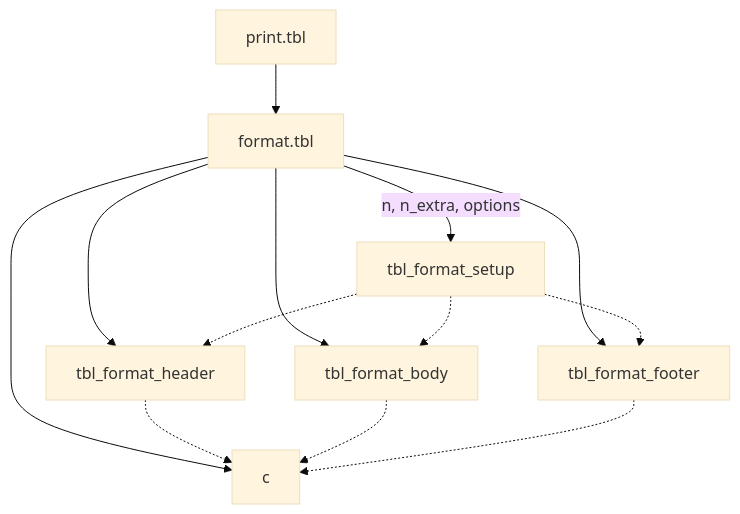
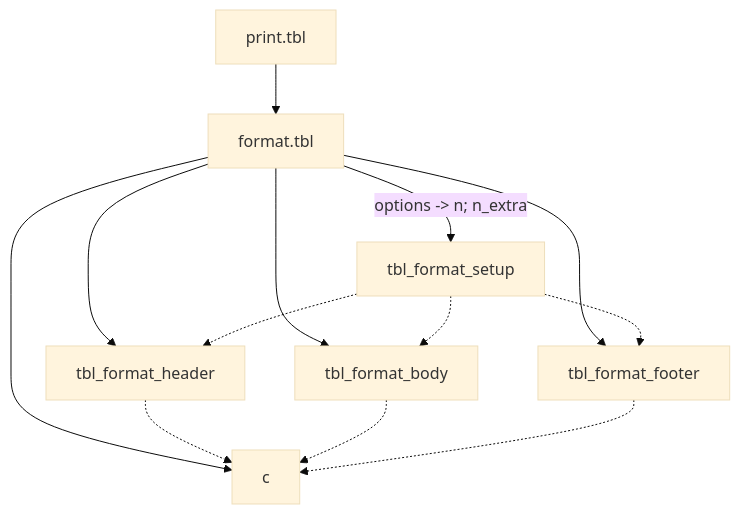
The diagram in vignettes/format.mmd (r-lib/pillar), drawn with Mermaid (base theme) before and after one commit. The commit also changed 2 other files, not shown here.

```diff
--- a/vignettes/format.mmd
+++ b/vignettes/format.mmd
@@ -1,13 +1,13 @@
 graph TD
   print.tbl --> format.tbl
-  format.tbl -- "n, n_extra, options" --> tbl_format_setup
+  format.tbl -- "options -> n; n_extra" --> tbl_format_setup
   format.tbl --> tbl_format_header
   format.tbl --> tbl_format_body
   format.tbl --> tbl_format_footer
   tbl_format_setup -.-> tbl_format_header
   tbl_format_setup -.-> tbl_format_body
   tbl_format_setup -.-> tbl_format_footer
   format.tbl --> c
   tbl_format_header -.-> c
   tbl_format_body -.-> c
   tbl_format_footer -.-> c
```
